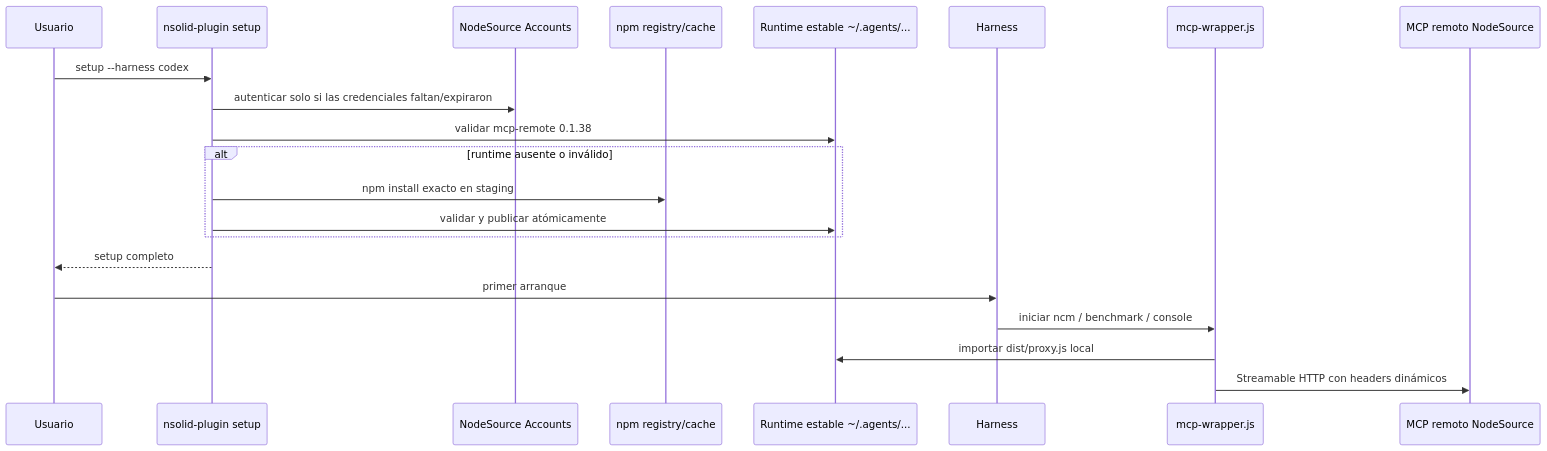
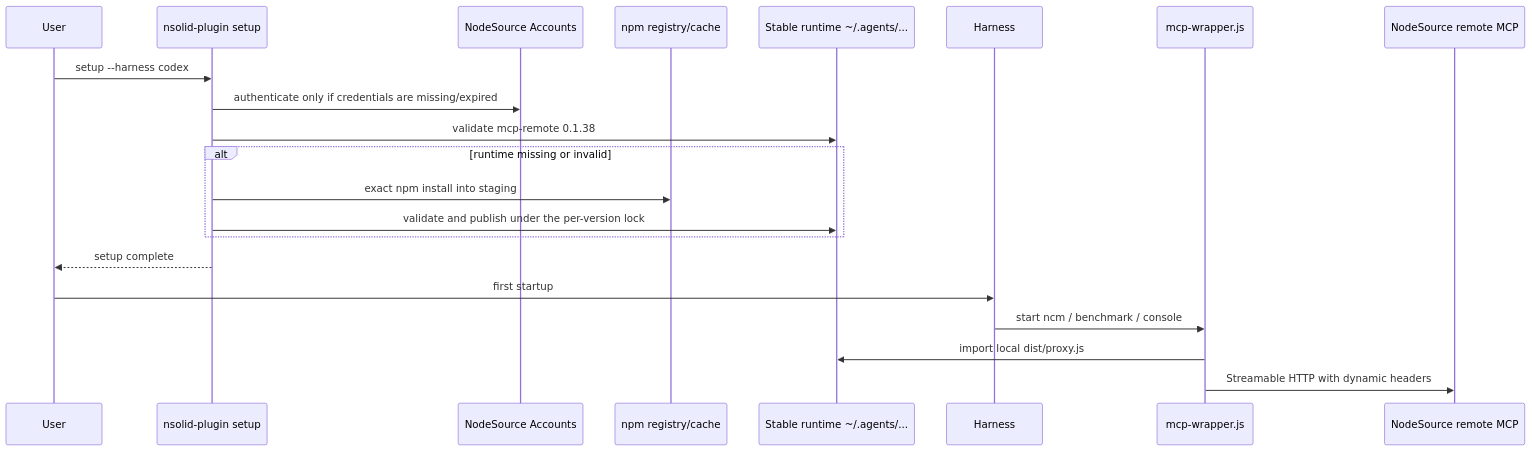
One commit to nodesource/nsolid-plugin changed the diagram in openspec/changes/stage-mcp-runtime-during-setup/design.md. Above: the diagram before and after it, drawn with Mermaid. The commit also changed other lines of this file and 3 other files, not shown here.

Commit message:
docs(openspec): resolve PR #62 review findings in stage-mcp-runtime-during-setup

````diff
--- a/openspec/changes/stage-mcp-runtime-during-setup/design.md
+++ b/openspec/changes/stage-mcp-runtime-during-setup/design.md
@@ -133,24 +245,24 @@
 ```mermaid
 sequenceDiagram
-    participant U as Usuario
+    participant U as User
     participant S as nsolid-plugin setup
     participant A as NodeSource Accounts
     participant N as npm registry/cache
-    participant R as Runtime estable ~/.agents/...
+    participant R as Stable runtime ~/.agents/...
     participant H as Harness
     participant W as mcp-wrapper.js
-    participant M as MCP remoto NodeSource
+    participant M as NodeSource remote MCP
 
     U->>S: setup --harness codex
-    S->>A: autenticar solo si las credenciales faltan/expiraron
-    S->>R: validar mcp-remote 0.1.38
-    alt runtime ausente o inválido
-        S->>N: npm install exacto en staging
-        S->>R: validar y publicar atómicamente
+    S->>A: authenticate only if credentials are missing/expired
+    S->>R: validate mcp-remote 0.1.38
+    alt runtime missing or invalid
+        S->>N: exact npm install into staging
+        S->>R: validate and publish under the per-version lock
     end
-    S-->>U: setup completo
-    U->>H: primer arranque
-    H->>W: iniciar ncm / benchmark / console
-    W->>R: importar dist/proxy.js local
-    W->>M: Streamable HTTP con headers dinámicos
+    S-->>U: setup complete
+    U->>H: first startup
+    H->>W: start ncm / benchmark / console
+    W->>R: import local dist/proxy.js
+    W->>M: Streamable HTTP with dynamic headers
 ```
````
